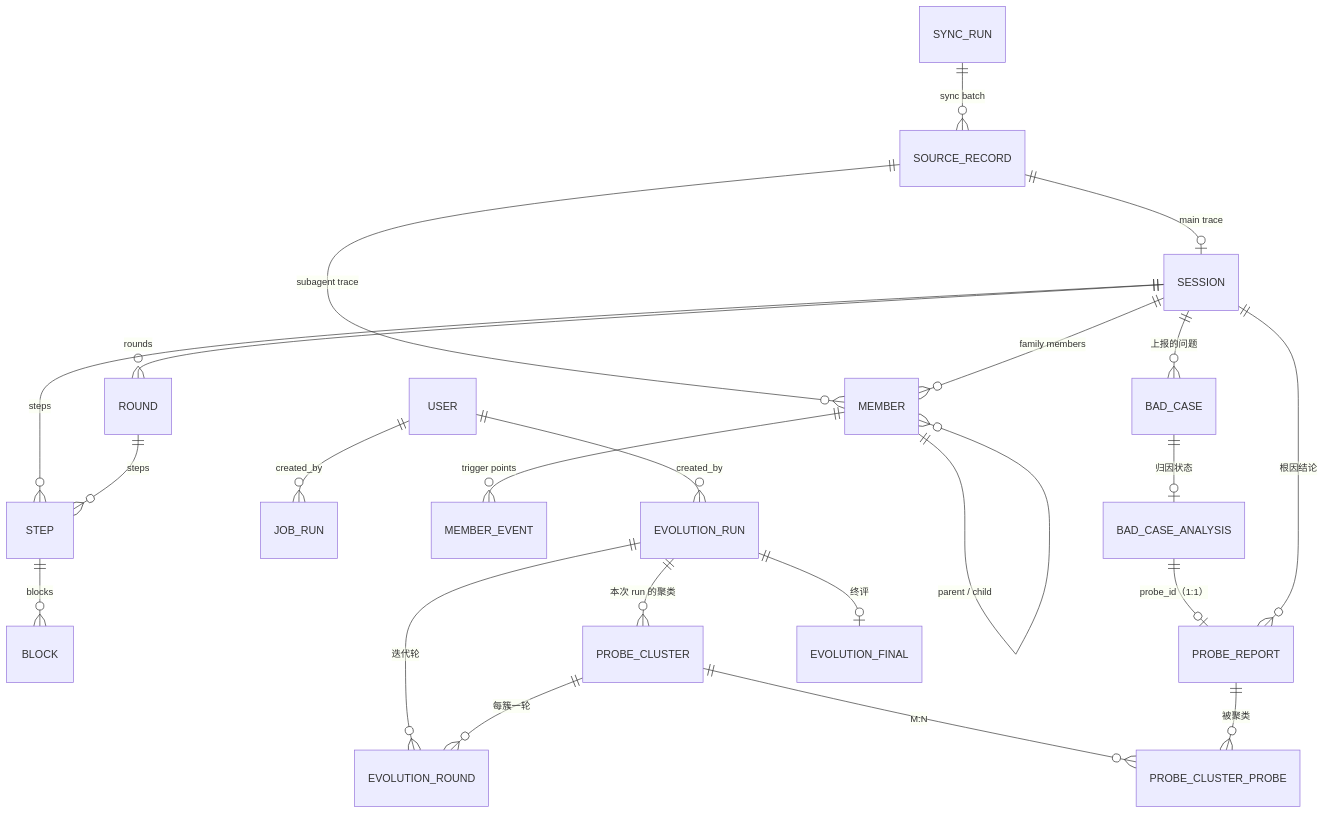
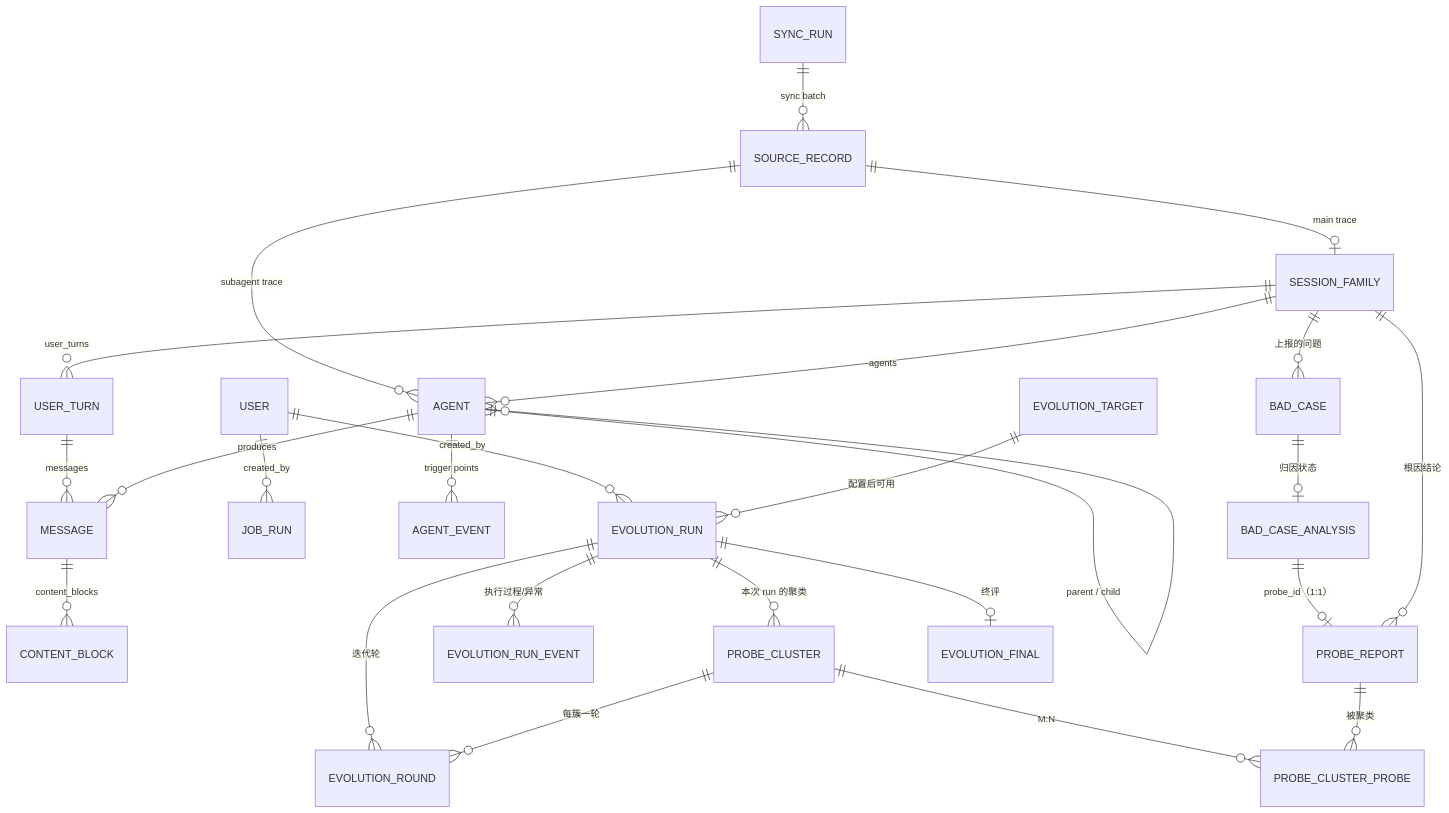
The diagram in plans/fullstack-design/05-api-design.md (Shadow-Azure/harness-evolution), drawn with Mermaid before and after one commit. The commit also changed other lines of this file and 10 other files, not shown here.

````diff
--- a/plans/fullstack-design/05-api-design.md
+++ b/plans/fullstack-design/05-api-design.md
@@ -33,27 +33,29 @@
 ```mermaid
 erDiagram
     USER ||--o{ EVOLUTION_RUN : "created_by"
     USER ||--o{ JOB_RUN : "created_by"
     SYNC_RUN ||--o{ SOURCE_RECORD : "sync batch"
-    SOURCE_RECORD ||--o| SESSION : "main trace"
-    SOURCE_RECORD ||--o{ MEMBER : "subagent trace"
-    SESSION ||--o{ MEMBER : "family members"
-    MEMBER ||--o{ MEMBER : "parent / child"
-    MEMBER ||--o{ MEMBER_EVENT : "trigger points"
-    SESSION ||--o{ ROUND : "rounds"
-    SESSION ||--o{ STEP : "steps"
-    ROUND ||--o{ STEP : "steps"
-    STEP ||--o{ BLOCK : "blocks"
+    SOURCE_RECORD ||--o| SESSION_FAMILY : "main trace"
+    SOURCE_RECORD ||--o{ AGENT : "subagent trace"
+    SESSION_FAMILY ||--o{ AGENT : "agents"
+    AGENT ||--o{ AGENT : "parent / child"
+    AGENT ||--o{ AGENT_EVENT : "trigger points"
+    SESSION_FAMILY ||--o{ USER_TURN : "user_turns"
+    USER_TURN ||--o{ MESSAGE : "messages"
+    AGENT ||--o{ MESSAGE : "produces"
+    MESSAGE ||--o{ CONTENT_BLOCK : "content_blocks"
 
-    SESSION ||--o{ BAD_CASE : "上报的问题"
+    SESSION_FAMILY ||--o{ BAD_CASE : "上报的问题"
     BAD_CASE ||--o| BAD_CASE_ANALYSIS : "归因状态"
     BAD_CASE_ANALYSIS ||--o| PROBE_REPORT : "probe_id（1:1）"
-    SESSION ||--o{ PROBE_REPORT : "根因结论"
+    SESSION_FAMILY ||--o{ PROBE_REPORT : "根因结论"
 
+    EVOLUTION_TARGET ||--o{ EVOLUTION_RUN : "配置后可用"
+    EVOLUTION_RUN ||--o{ EVOLUTION_RUN_EVENT : "执行过程/异常"
     EVOLUTION_RUN ||--o{ PROBE_CLUSTER : "本次 run 的聚类"
     PROBE_CLUSTER ||--o{ PROBE_CLUSTER_PROBE : "M:N"
     PROBE_REPORT ||--o{ PROBE_CLUSTER_PROBE : "被聚类"
     EVOLUTION_RUN ||--o{ EVOLUTION_ROUND : "迭代轮"
     PROBE_CLUSTER ||--o{ EVOLUTION_ROUND : "每簇一轮"
     EVOLUTION_RUN ||--o| EVOLUTION_FINAL : "终评"
 ```
````
